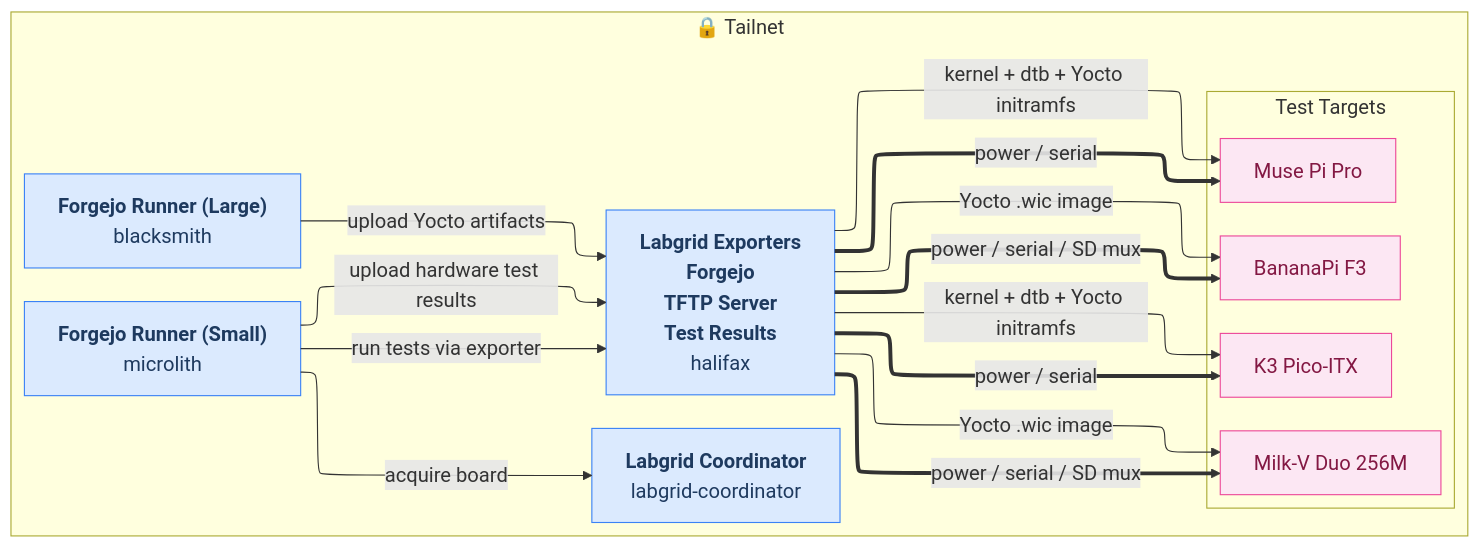
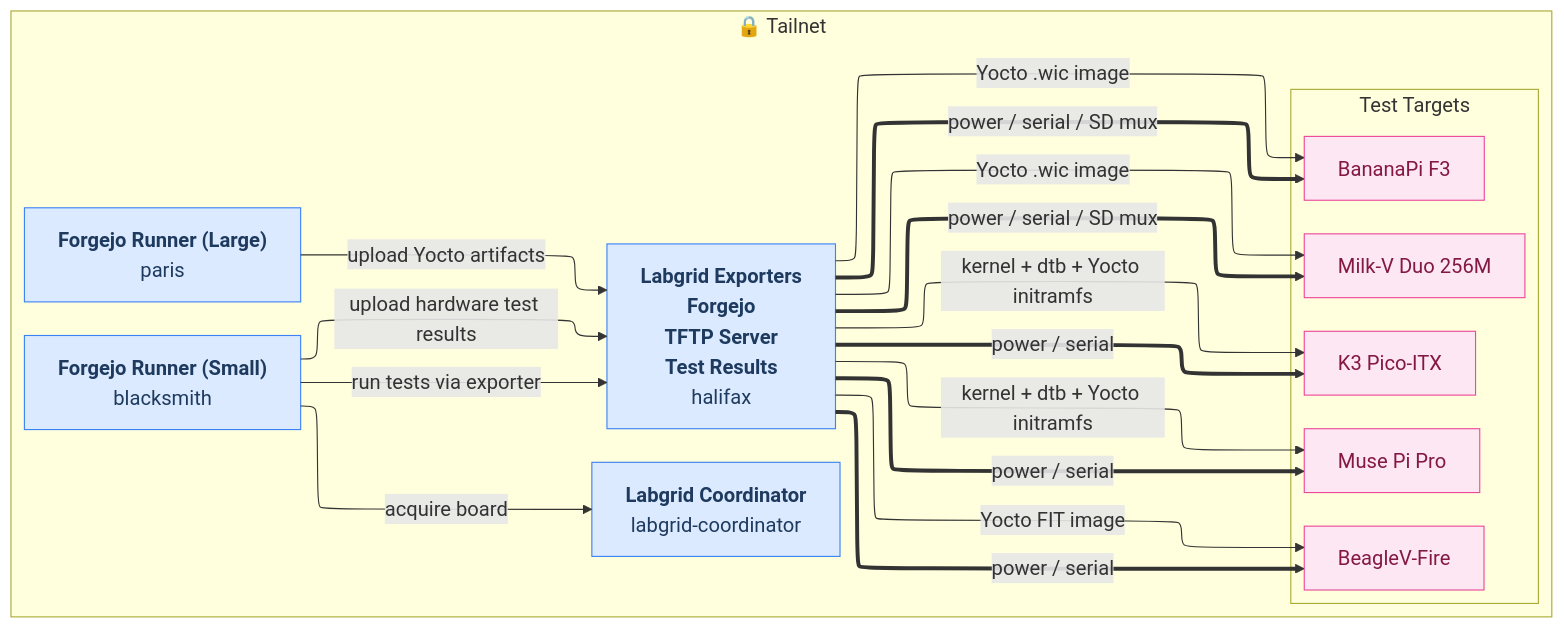
One commit to threexc/boardgarden changed the diagram in docs/network.mmd. Above: the diagram before and after it, drawn with Mermaid. The commit also changed 3 other files, not shown here.

```diff
--- a/docs/network.mmd
+++ b/docs/network.mmd
@@ -1,37 +1,40 @@
 %%{init: {"theme": "default", "flowchart": {"htmlLabels": true, "nodeSpacing": 30, "rankSpacing": 60, "defaultRenderer": "elk"}, "themeVariables": {"fontSize": "18px", "fontFamily": "Liberation Sans"}} }%%
 flowchart LR
   subgraph tailnet["🔒 Tailnet"]
     halifax["<b>Labgrid Exporters</b><br/><b>Forgejo</b><br/><b>TFTP Server</b><br/><b>Test Results</b><br/>halifax"]
     coordinator["<b>Labgrid Coordinator</b><br/>labgrid-coordinator"]
-    runner1["<b>Forgejo Runner (Large)</b><br/>blacksmith"]
-    runner2["<b>Forgejo Runner (Small)</b><br/>microlith"]
+    runner1["<b>Forgejo Runner (Large)</b><br/>paris"]
+    runner2["<b>Forgejo Runner (Small)</b><br/>blacksmith"]
     subgraph boards["Test Targets"]
       direction TB
       board_1["BananaPi F3"]
       board_2["Muse Pi Pro"]
       board_3["Milk-V Duo 256M"]
       board_4["K3 Pico-ITX"]
+      board_5["BeagleV-Fire"]
     end
   end
 
   %% ── Hosted-on relationships ──
 
   %% ── Links ──
   halifax ==>|"power / serial / SD mux"| board_1
   halifax ==>|"power / serial"| board_2
   halifax ==>|"power / serial / SD mux"| board_3
   halifax ==>|"power / serial"| board_4
+  halifax ==>|"power / serial"| board_5
   runner1 -->|"upload Yocto artifacts"| halifax
   runner2 -->|"acquire board"| coordinator
   runner2 -->|"run tests via exporter"| halifax
   runner2 -->|"upload hardware test results"| halifax
   halifax -->|"Yocto .wic image"| board_1
   halifax -->|"kernel + dtb + Yocto initramfs"| board_2
   halifax -->|"Yocto .wic image"| board_3
   halifax -->|"kernel + dtb + Yocto initramfs"| board_4
+  halifax -->|"Yocto FIT image"| board_5
 
   %% ── Styles ──
   classDef machine fill:#dbeafe,stroke:#3b82f6,color:#1e3a5f
   class halifax,coordinator,runner1,runner2 machine
   classDef board fill:#fce7f3,stroke:#ec4899,color:#831843
-  class board_1,board_2,board_3,board_4 board
+  class board_1,board_2,board_3,board_4,board_5 board
```
